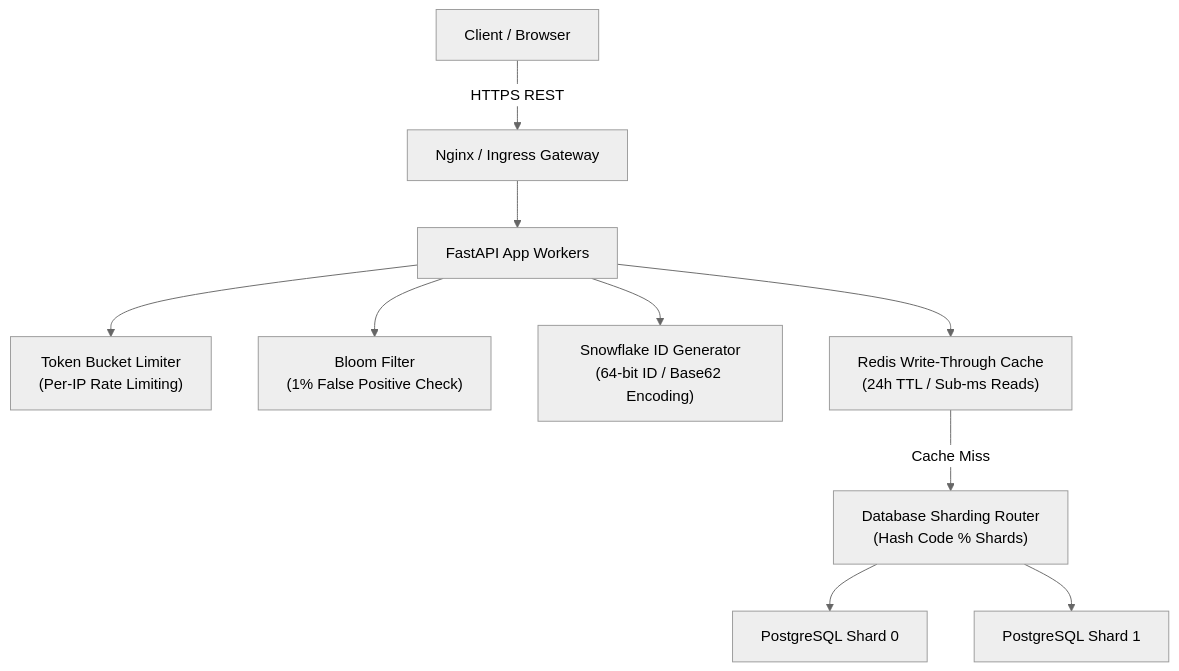
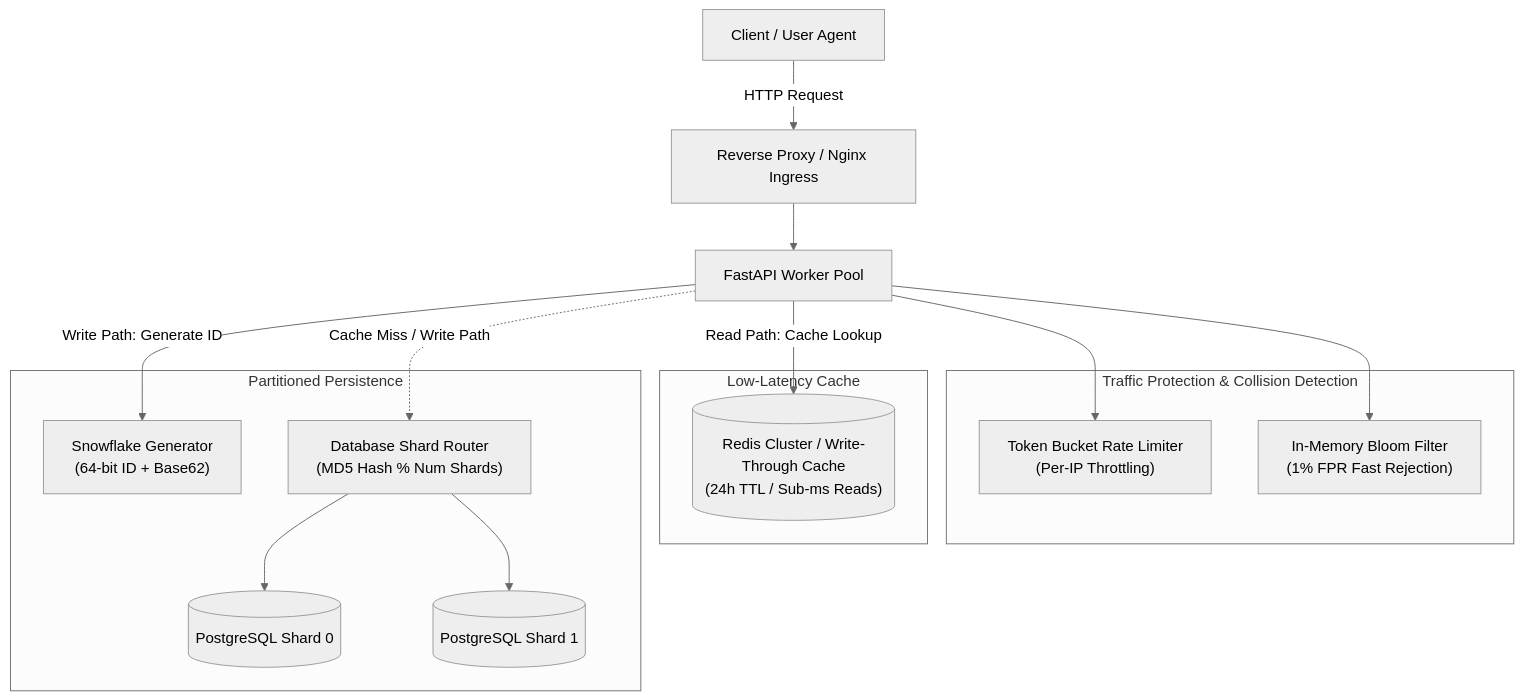
The diagram in README.md (sde-nitin-chaudhary/url-shortener-service), drawn with Mermaid (neutral theme) before and after one commit. The commit also changed other lines of this file, not shown here.

Commit message:
docs: refine architecture diagram, component sizing, and standards references

````diff
--- a/README.md
+++ b/README.md
@@ -26,23 +26,32 @@
 ```mermaid
 flowchart TD
-    Client["Client / Browser"]
-    Ingress["Nginx / Ingress Gateway"]
-    FastAPI["FastAPI App Workers"]
-    Limiter["Token Bucket Limiter<br/>(Per-IP Rate Limiting)"]
-    Bloom["Bloom Filter<br/>(1% False Positive Check)"]
-    Snowflake["Snowflake ID Generator<br/>(64-bit ID / Base62 Encoding)"]
-    Redis["Redis Write-Through Cache<br/>(24h TTL / Sub-ms Reads)"]
-    DBRouter["Database Sharding Router<br/>(Hash Code % Shards)"]
-    Shard0["PostgreSQL Shard 0"]
-    Shard1["PostgreSQL Shard 1"]
+    Client["Client / User Agent"]
+    Gateway["Reverse Proxy / Nginx Ingress"]
+    API["FastAPI Worker Pool"]
 
-    Client -->|HTTPS REST| Ingress
-    Ingress --> FastAPI
-    FastAPI --> Limiter
-    FastAPI --> Bloom
-    FastAPI --> Snowflake
-    FastAPI --> Redis
-    Redis -->|Cache Miss| DBRouter
-    DBRouter --> Shard0
-    DBRouter --> Shard1
+    subgraph Defense ["Traffic Protection & Collision Detection"]
+        Limiter["Token Bucket Rate Limiter<br/>(Per-IP Throttling)"]
+        Bloom["In-Memory Bloom Filter<br/>(1% FPR Fast Rejection)"]
+    end
+
+    subgraph Caching ["Low-Latency Cache"]
+        Redis[("Redis Cluster / Write-Through Cache<br/>(24h TTL / Sub-ms Reads)")]
+    end
+
+    subgraph Storage ["Partitioned Persistence"]
+        Snowflake["Snowflake Generator<br/>(64-bit ID + Base62)"]
+        Router["Database Shard Router<br/>(MD5 Hash % Num Shards)"]
+        Shard0[("PostgreSQL Shard 0")]
+        Shard1[("PostgreSQL Shard 1")]
+    end
+
+    Client -->|HTTP Request| Gateway
+    Gateway --> API
+    API --> Limiter
+    API --> Bloom
+    API -->|Write Path: Generate ID| Snowflake
+    API -->|Read Path: Cache Lookup| Redis
+    API -.->|Cache Miss / Write Path| Router
+    Router --> Shard0
+    Router --> Shard1
 ```
````
